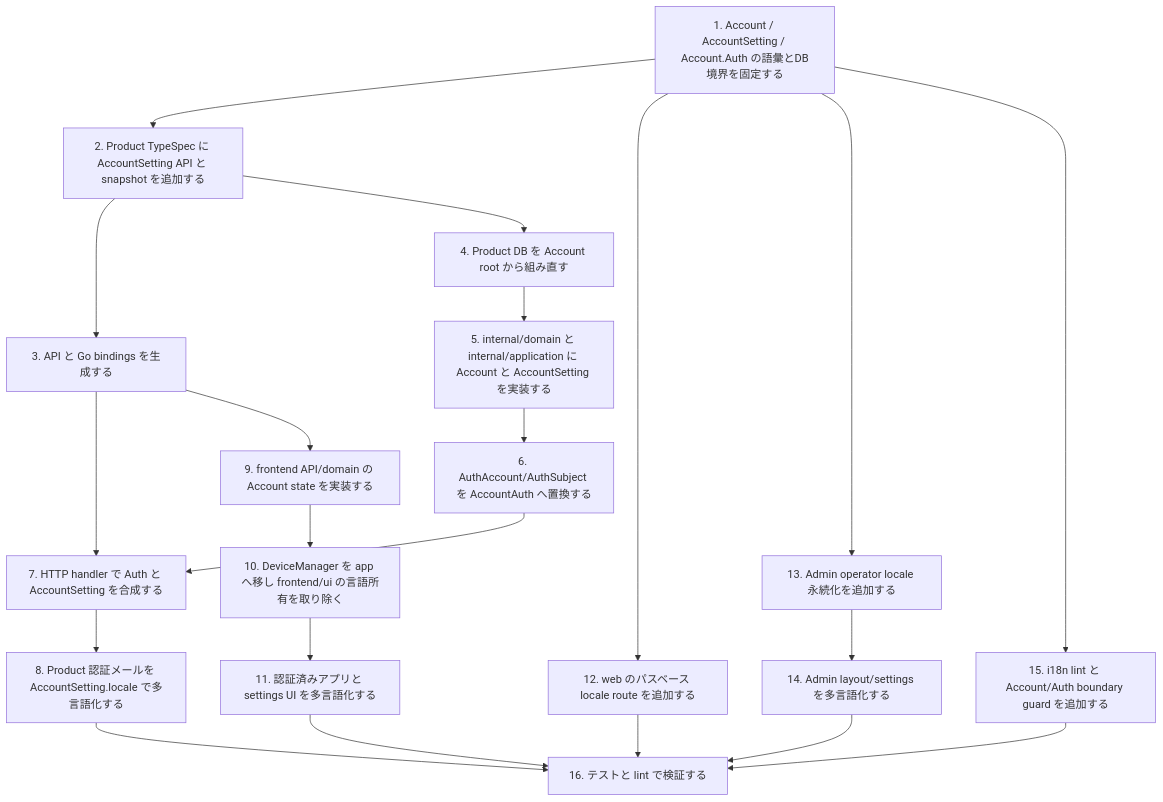
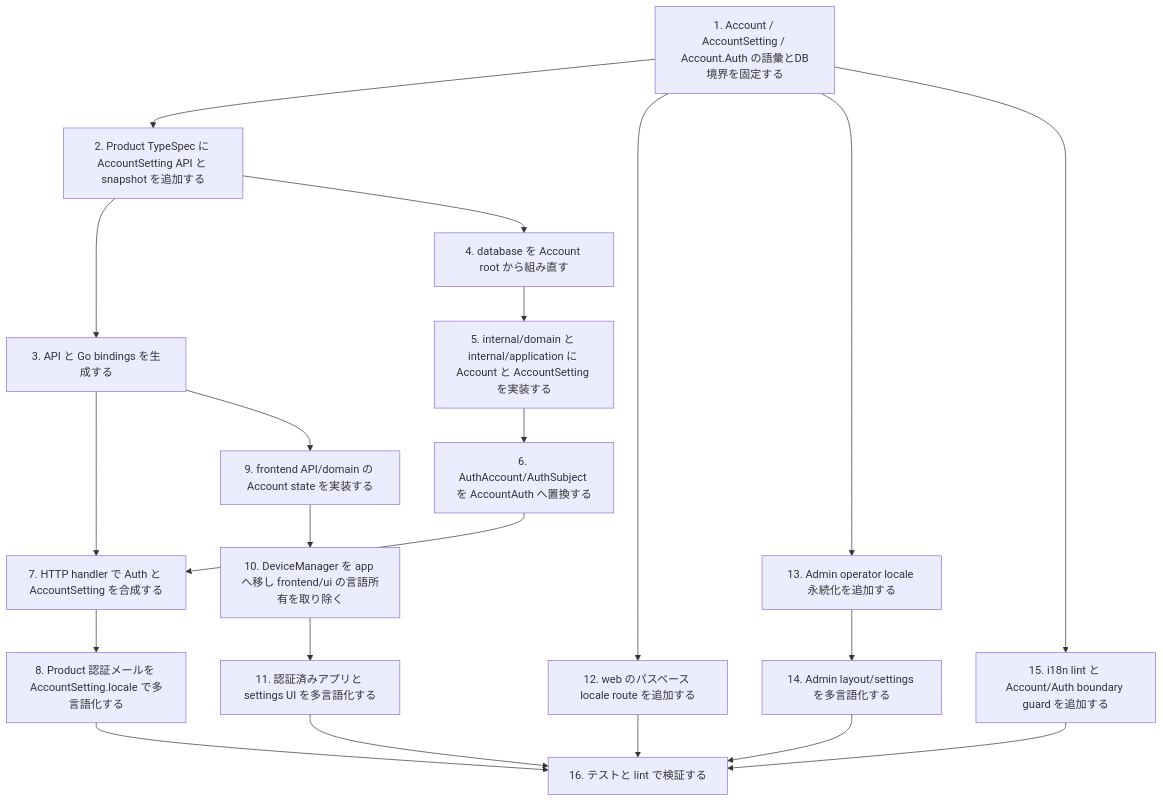
One commit to witwire-net/www-template changed the sixth of 6 diagrams in openspec/changes/archive/2026-05-20-add-default-i18n/design.md. Above: the diagram before and after it, drawn with Mermaid. The commit also changed other lines of this file and 358 other files, not shown here.

````diff
--- a/openspec/changes/archive/2026-05-20-add-default-i18n/design.md
+++ b/openspec/changes/archive/2026-05-20-add-default-i18n/design.md
@@ -547,23 +547,23 @@
 ```mermaid
 flowchart TD
   A[1. Account / AccountSetting / Account.Auth の語彙とDB境界を固定する] --> B[2. Product TypeSpec に AccountSetting API と snapshot を追加する]
   B --> C[3. API と Go bindings を生成する]
-  B --> D[4. Product DB を Account root から組み直す]
+  B --> D[4. database を Account root から組み直す]
   D --> E0[5. internal/domain と internal/application に Account と AccountSetting を実装する]
   E0 --> E2[6. AuthAccount/AuthSubject を AccountAuth へ置換する]
   C --> E1[7. HTTP handler で Auth と AccountSetting を合成する]
   E2 --> E1
   E1 --> F[8. Product 認証メールを AccountSetting.locale で多言語化する]
   C --> G[9. frontend API/domain の Account state を実装する]
   G --> H0[10. DeviceManager を app へ移し frontend/ui の言語所有を取り除く]
   H0 --> H[11. 認証済みアプリと settings UI を多言語化する]
   A --> I[12. web のパスベース locale route を追加する]
   A --> J[13. Admin operator locale 永続化を追加する]
   J --> K[14. Admin layout/settings を多言語化する]
   A --> L[15. i18n lint と Account/Auth boundary guard を追加する]
   H --> M[16. テストと lint で検証する]
   I --> M
   K --> M
   F --> M
   L --> M
 ```
````
